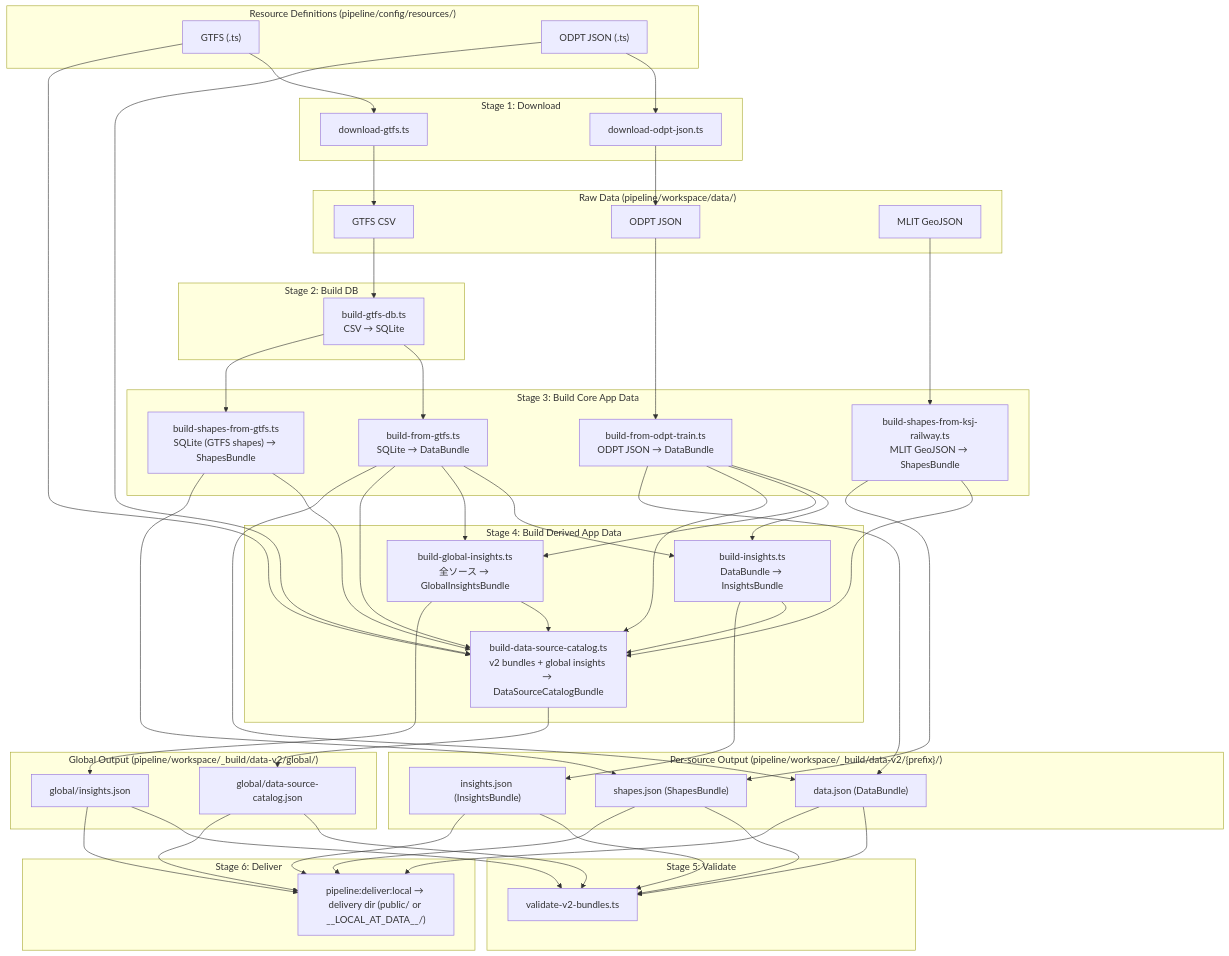
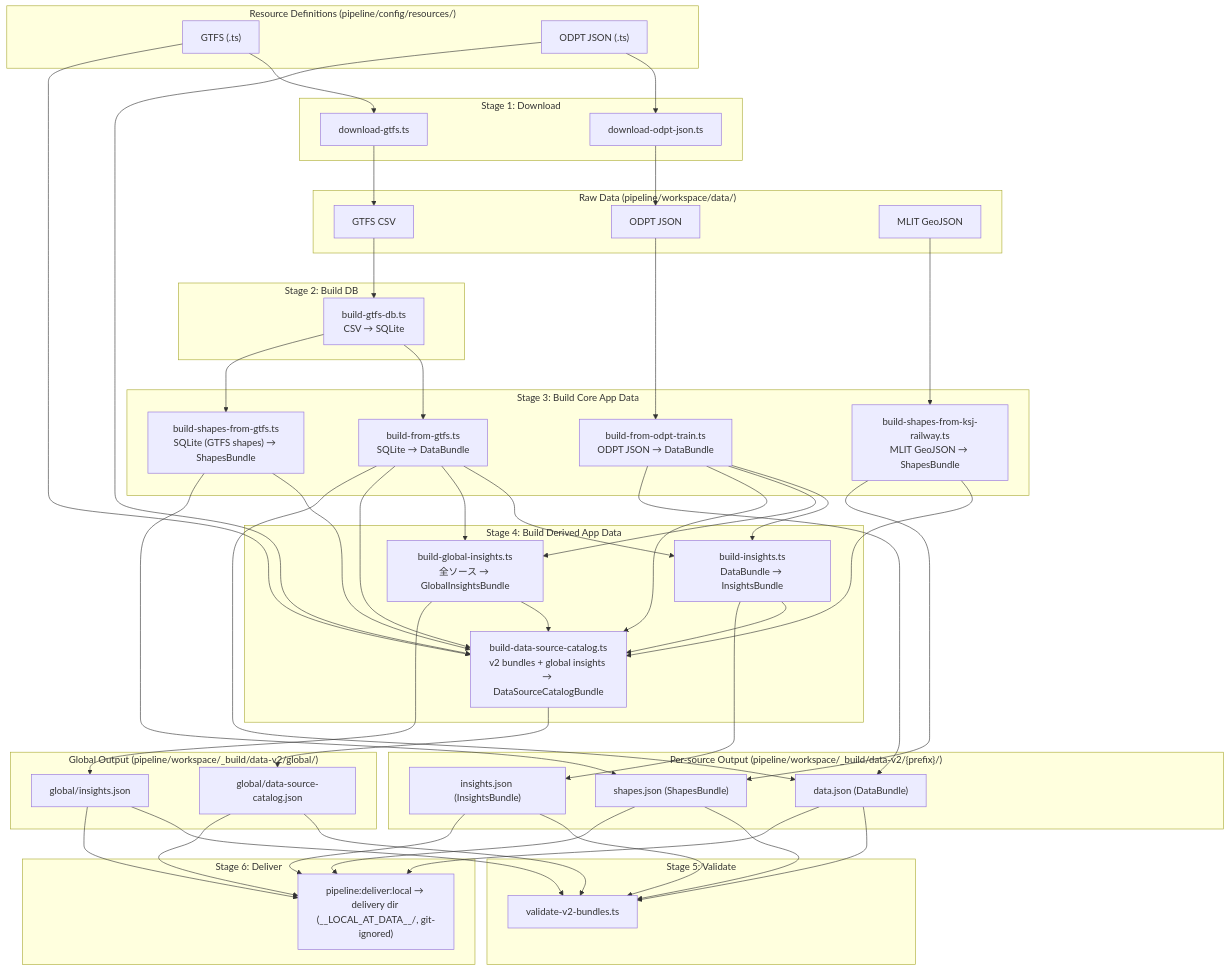
Before and after one commit to F88/athenai-transit: the diagram in pipeline/README.md, drawn with Mermaid. The commit also changed other lines of this file and 1 other file, not shown here.

First line of the commit message:
docs: describe delivery base as __LOCAL_AT_DATA__ (public retired)

````diff
--- a/pipeline/README.md
+++ b/pipeline/README.md
@@ -80,73 +80,73 @@
 ```mermaid
 flowchart TD
     subgraph src["Resource Definitions (pipeline/config/resources/)"]
         GR["GTFS (.ts)"]
         OR["ODPT JSON (.ts)"]
     end
 
     subgraph dl["Stage 1: Download"]
         GR --> DG["download-gtfs.ts"]
         OR --> DO["download-odpt-json.ts"]
     end
 
     subgraph raw["Raw Data (pipeline/workspace/data/)"]
         DG --> CSV["GTFS CSV"]
         DO --> OJSON["ODPT JSON"]
         MLIT["MLIT GeoJSON"]
     end
 
     subgraph s2["Stage 2: Build DB"]
         CSV --> DB["build-gtfs-db.ts<br/>CSV → SQLite"]
     end
 
     subgraph s3["Stage 3: Build Core App Data"]
         DB --> BD["build-from-gtfs.ts<br/>SQLite → DataBundle"]
         OJSON --> BO["build-from-odpt-train.ts<br/>ODPT JSON → DataBundle"]
         DB --> BGS["build-shapes-from-gtfs.ts<br/>SQLite (GTFS shapes) → ShapesBundle"]
         MLIT --> BKS["build-shapes-from-ksj-railway.ts<br/>MLIT GeoJSON → ShapesBundle"]
     end
 
     subgraph s4["Stage 4: Build Derived App Data"]
         BD --> BI["build-insights.ts<br/>DataBundle → InsightsBundle"]
         BO --> BI
         BD --> BGI["build-global-insights.ts<br/>全ソース → GlobalInsightsBundle"]
         BO --> BGI
         BD --> BDC["build-data-source-catalog.ts<br/>v2 bundles + global insights → DataSourceCatalogBundle"]
         BO --> BDC
         BGS --> BDC
         BKS --> BDC
         BI --> BDC
         BGI --> BDC
         GR --> BDC
         OR --> BDC
     end
 
     subgraph outLocal["Per-source Output (pipeline/workspace/_build/data-v2/{prefix}/)"]
         BD --> JSON["data.json (DataBundle)"]
         BO --> JSON
         BGS --> SHAPES["shapes.json (ShapesBundle)"]
         BKS --> SHAPES
         BI --> INSIGHTS["insights.json (InsightsBundle)"]
     end
 
     subgraph outGlobal["Global Output (pipeline/workspace/_build/data-v2/global/)"]
         BGI --> GINSIGHTS["global/insights.json"]
         BDC --> CATALOG["global/data-source-catalog.json"]
     end
 
     subgraph s5["Stage 5: Validate"]
         JSON --> VAL["validate-v2-bundles.ts"]
         SHAPES --> VAL
         INSIGHTS --> VAL
         GINSIGHTS --> VAL
         CATALOG --> VAL
     end
 
     subgraph s6["Stage 6: Deliver"]
-        JSON --> DELIVER["pipeline:deliver:local → delivery dir (public/ or __LOCAL_AT_DATA__/)"]
+        JSON --> DELIVER["pipeline:deliver:local → delivery dir (__LOCAL_AT_DATA__/, git-ignored)"]
         SHAPES --> DELIVER
         INSIGHTS --> DELIVER
         GINSIGHTS --> DELIVER
         CATALOG --> DELIVER
     end
 ```
````
